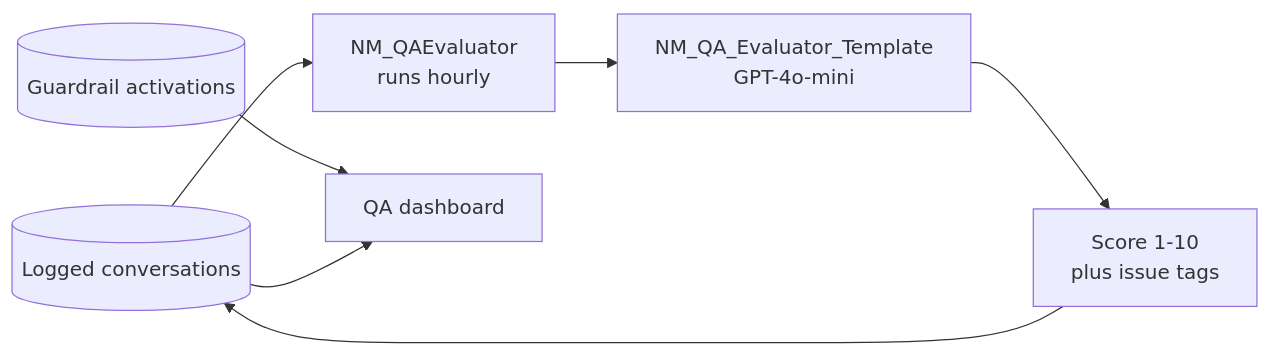
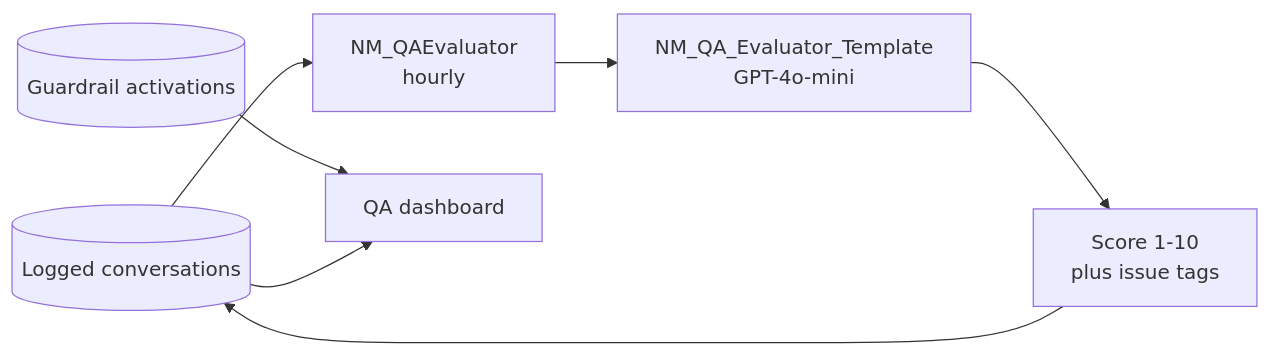
One commit to apurpuraJax/NextMission-Dreamforce-Hackathon changed the second of 2 diagrams in DESIGN.md. Above: the diagram before and after it, drawn with Mermaid. The commit also changed other lines of this file, not shown here.

````diff
--- a/DESIGN.md
+++ b/DESIGN.md
@@ -111,9 +174,9 @@
 ```mermaid
 flowchart LR
-    C[(Logged conversations)] --> Q[NM_QAEvaluator<br/>runs hourly]
-    Q --> T[NM_QA_Evaluator_Template<br/>GPT-4o-mini]
-    T --> S[Score 1-10<br/>plus issue tags]
+    C[("Logged conversations")] --> Q["NM_QAEvaluator<br/>hourly"]
+    Q --> T["NM_QA_Evaluator_Template<br/>GPT-4o-mini"]
+    T --> S["Score 1-10<br/>plus issue tags"]
     S --> C
-    G[(Guardrail activations)] --> DASH[QA dashboard]
+    G[("Guardrail activations")] --> DASH["QA dashboard"]
     C --> DASH
 ```
````
